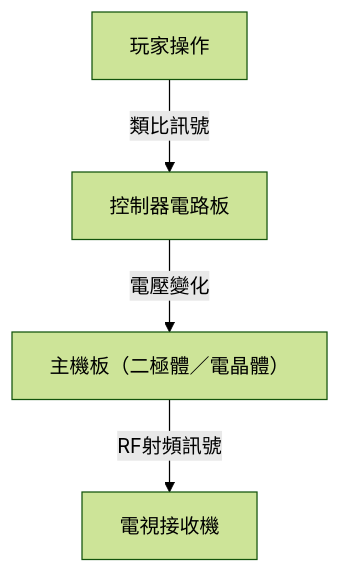
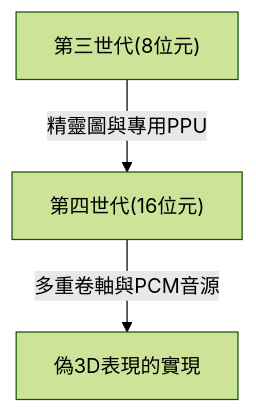
One commit to kenjinote/blog changed the first of 2 diagrams in content/post/history-of-video-game-consoles/index.zh-tw.md. Above: the diagram before and after it, drawn with Mermaid (forest theme). The commit also changed other lines of this file and 129 other files, not shown here.

````diff
--- a/content/post/history-of-video-game-consoles/index.zh-tw.md
+++ b/content/post/history-of-video-game-consoles/index.zh-tw.md
@@ -22,6 +33,5 @@
 ```mermaid
 graph TD
-    A["玩家操作"] -- "類比訊號" --> B["控制器電路板"]
-    B -- "電壓變化" --> C["主機板（二極體／電晶體）"]
-    C -- "RF射頻訊號" --> D["電視接收機"]
+  A["第三世代(8位元)"] -- "精靈圖與專用PPU" --> B["第四世代(16位元)"]
+  B["第四世代(16位元)"] -- "多重卷軸與PCM音源" --> C["偽3D表現的實現"]
 ```
````
